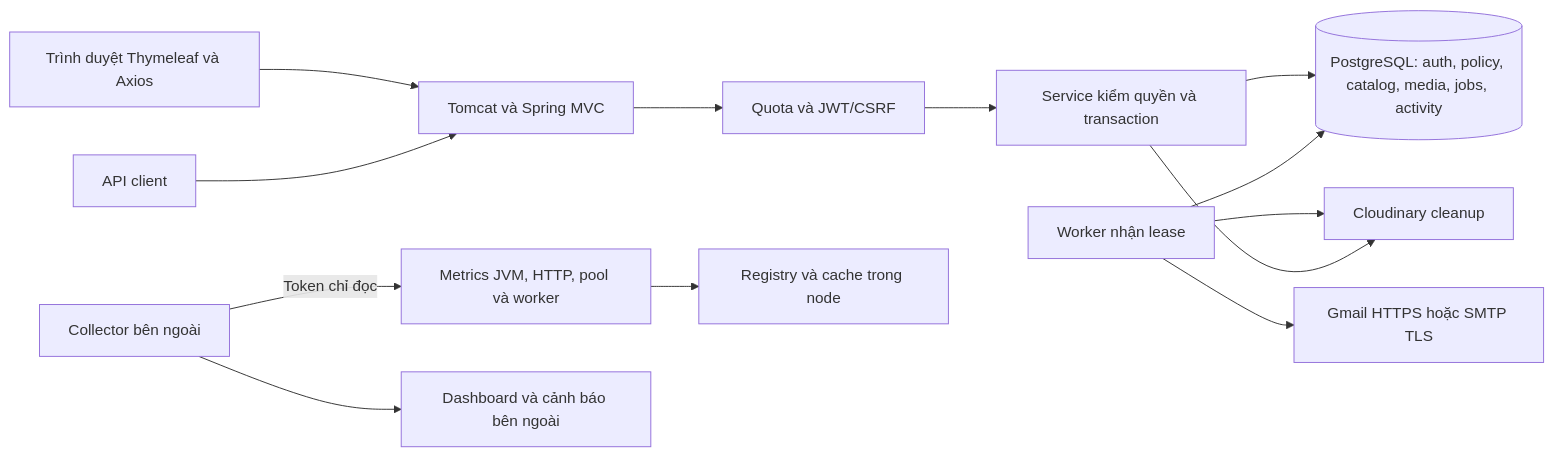
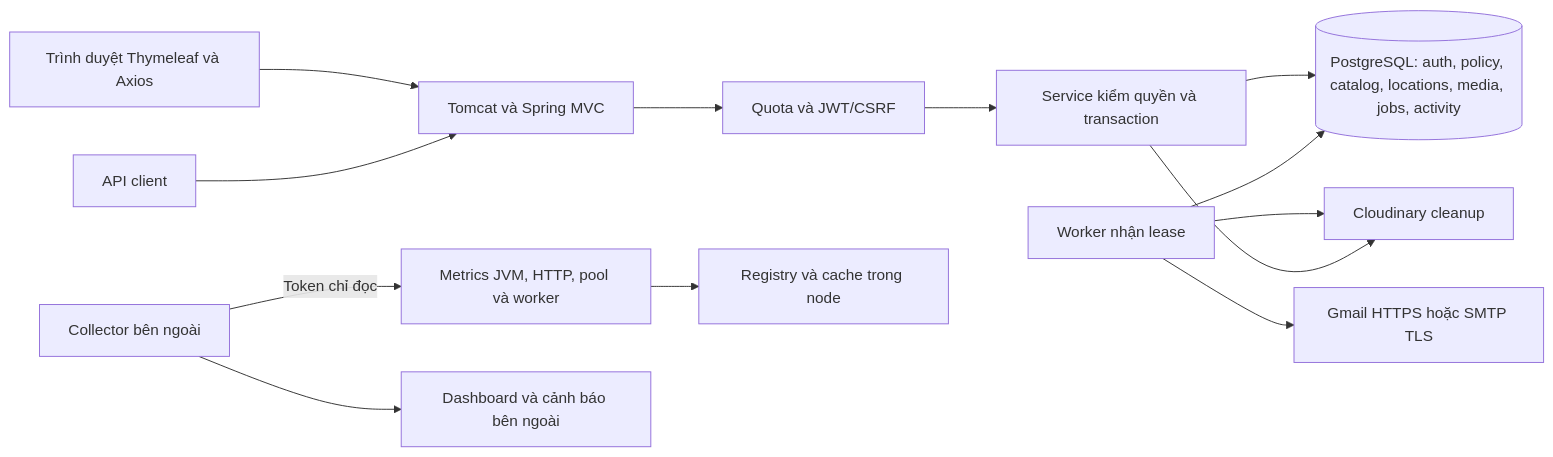
Before and after one commit to hieuv526034/vietroute-web: the diagram in docs/01-bat-dau/TONG_QUAN_HE_THONG.md, drawn with Mermaid. The commit also changed other lines of this file and 2 other files, not shown here.

````diff
--- a/docs/01-bat-dau/TONG_QUAN_HE_THONG.md
+++ b/docs/01-bat-dau/TONG_QUAN_HE_THONG.md
@@ -15,15 +15,15 @@
 ```mermaid
 flowchart LR
     Browser[Trình duyệt Thymeleaf và Axios] --> Web[Tomcat và Spring MVC]
     Api[API client] --> Web
     Web --> Security[Quota và JWT/CSRF]
     Security --> Services[Service kiểm quyền và transaction]
-    Services --> DB[(PostgreSQL: auth, policy, catalog, media, jobs, activity)]
+    Services --> DB[(PostgreSQL: auth, policy, catalog, locations, media, jobs, activity)]
     Worker[Worker nhận lease] --> DB
     Worker --> Gmail[Gmail HTTPS hoặc SMTP TLS]
     Worker --> Cloudinary[Cloudinary cleanup]
     Services --> Cloudinary
     Monitor[Collector bên ngoài] -->|Token chỉ đọc| Metrics[Metrics JVM, HTTP, pool và worker]
     Metrics --> Registry[Registry và cache trong node]
     Monitor --> Dashboard[Dashboard và cảnh báo bên ngoài]
 ```
````
